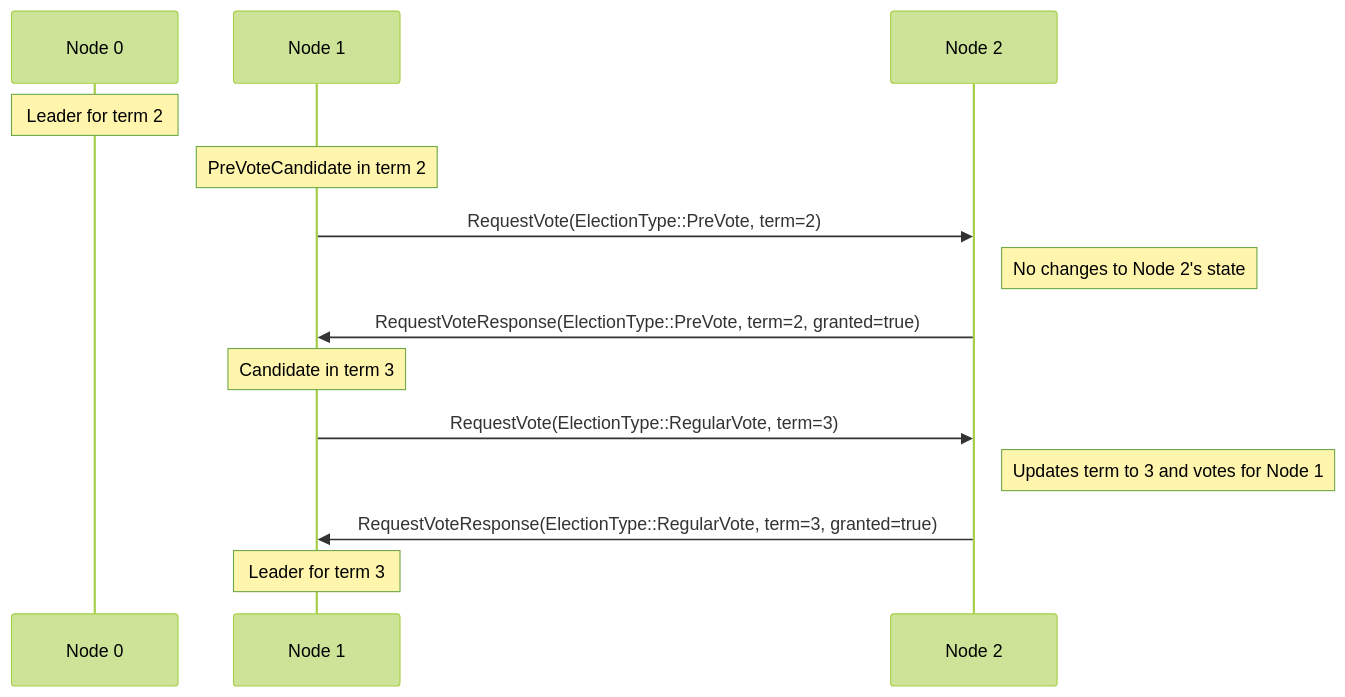
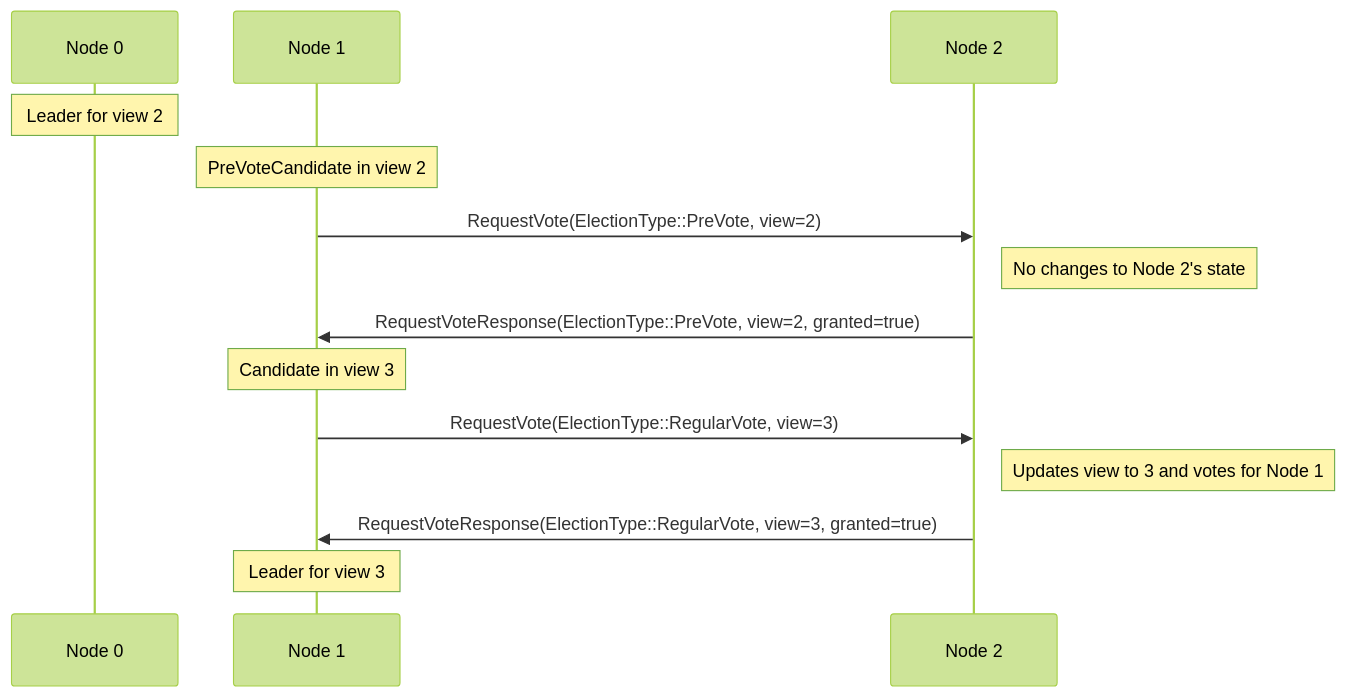
One commit to cjen1-msft/CCF changed the sixth of 7 diagrams in doc/architecture/consensus/index.rst. Above: the diagram before and after it, drawn with Mermaid (forest theme). The commit also changed other lines of this file and 3 other files, not shown here.

Commit message:
Rename user-visible consensus term wording to view (#7993)

```diff
--- a/doc/architecture/consensus/index.rst
+++ b/doc/architecture/consensus/index.rst
@@ -222,22 +222,22 @@
 .. mermaid::
 
     sequenceDiagram
         participant Node 0
         participant Node 1
         participant Node 2
 
-        Note over Node 0: Leader for term 2
+        Note over Node 0: Leader for view 2
 
-        Note over Node 1: PreVoteCandidate in term 2
-        Node 1 ->> Node 2: RequestVote(ElectionType::PreVote, term=2)
+        Note over Node 1: PreVoteCandidate in view 2
+        Node 1 ->> Node 2: RequestVote(ElectionType::PreVote, view=2)
 
         Note right of Node 2: No changes to Node 2's state
-        Node 2 ->> Node 1: RequestVoteResponse(ElectionType::PreVote, term=2, granted=true)
+        Node 2 ->> Node 1: RequestVoteResponse(ElectionType::PreVote, view=2, granted=true)
 
-        Note over Node 1: Candidate in term 3
-        Node 1 ->> Node 2: RequestVote(ElectionType::RegularVote, term=3) 
+        Note over Node 1: Candidate in view 3
+        Node 1 ->> Node 2: RequestVote(ElectionType::RegularVote, view=3)
 
-        Note right of Node 2: Updates term to 3 and votes for Node 1
-        Node 2 ->> Node 1: RequestVoteResponse(ElectionType::RegularVote, term=3, granted=true)
+        Note right of Node 2: Updates view to 3 and votes for Node 1
+        Node 2 ->> Node 1: RequestVoteResponse(ElectionType::RegularVote, view=3, granted=true)
 
-        Note over Node 1: Leader for term 3
+        Note over Node 1: Leader for view 3
```
